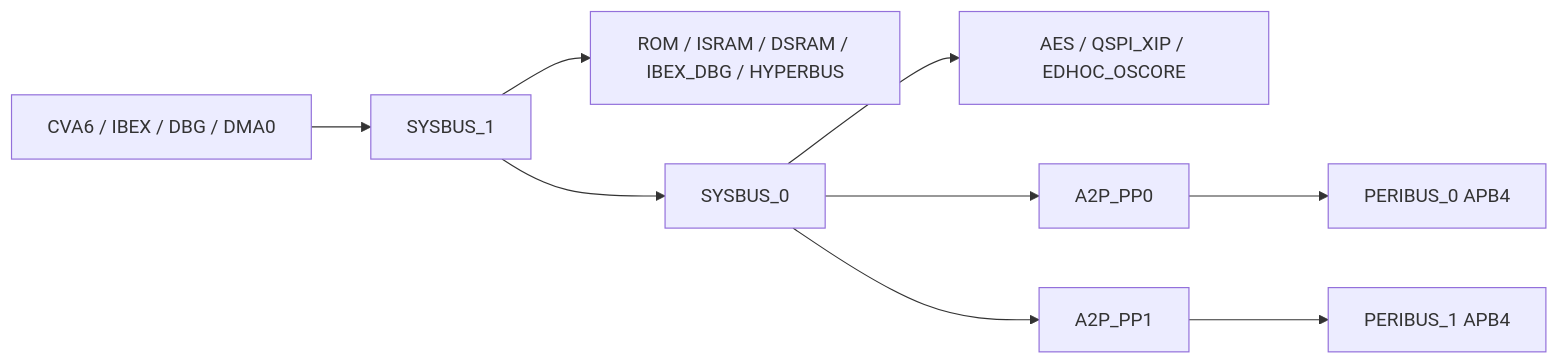
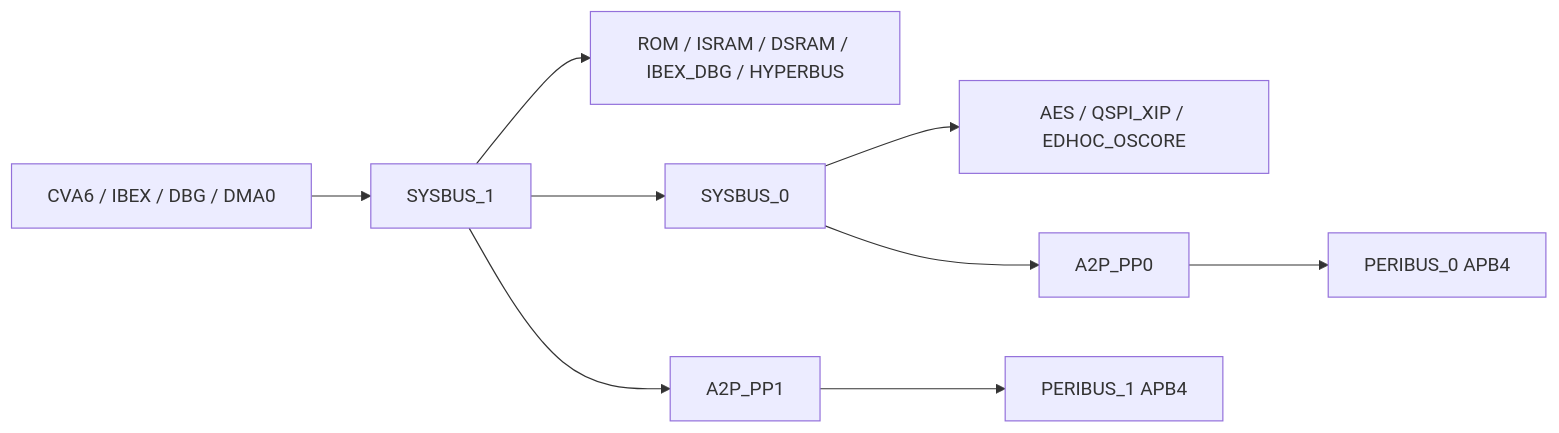
The diagram in components/FU3_Components/bus/README.md (phuonglhm/CDC-VP), drawn with Mermaid before and after one commit. The commit also changed other lines of this file and 67 other files, not shown here.

````diff
--- a/components/FU3_Components/bus/README.md
+++ b/components/FU3_Components/bus/README.md
@@ -25,11 +25,11 @@
 ```mermaid
 flowchart LR
   M[CVA6 / IBEX / DBG / DMA0] --> S1[SYSBUS_1]
   S1 --> MEM[ROM / ISRAM / DSRAM / IBEX_DBG / HYPERBUS]
   S1 --> S0[SYSBUS_0]
   S0 --> AXI[AES / QSPI_XIP / EDHOC_OSCORE]
   S0 --> A0[A2P_PP0]
-  S0 --> A1[A2P_PP1]
+  S1 --> A1[A2P_PP1]
   A0 --> P0[PERIBUS_0 APB4]
   A1 --> P1[PERIBUS_1 APB4]
 ```
````
